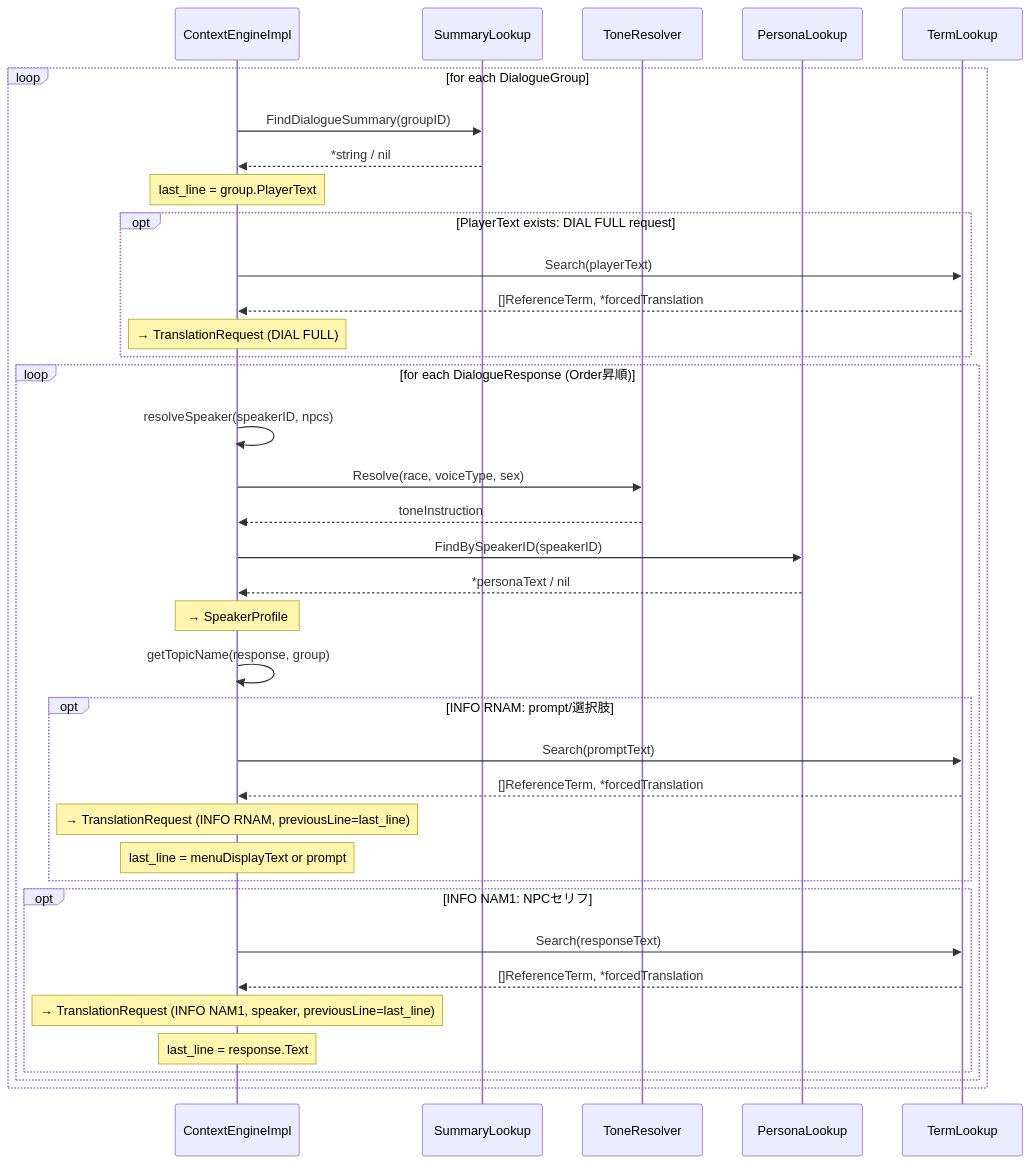
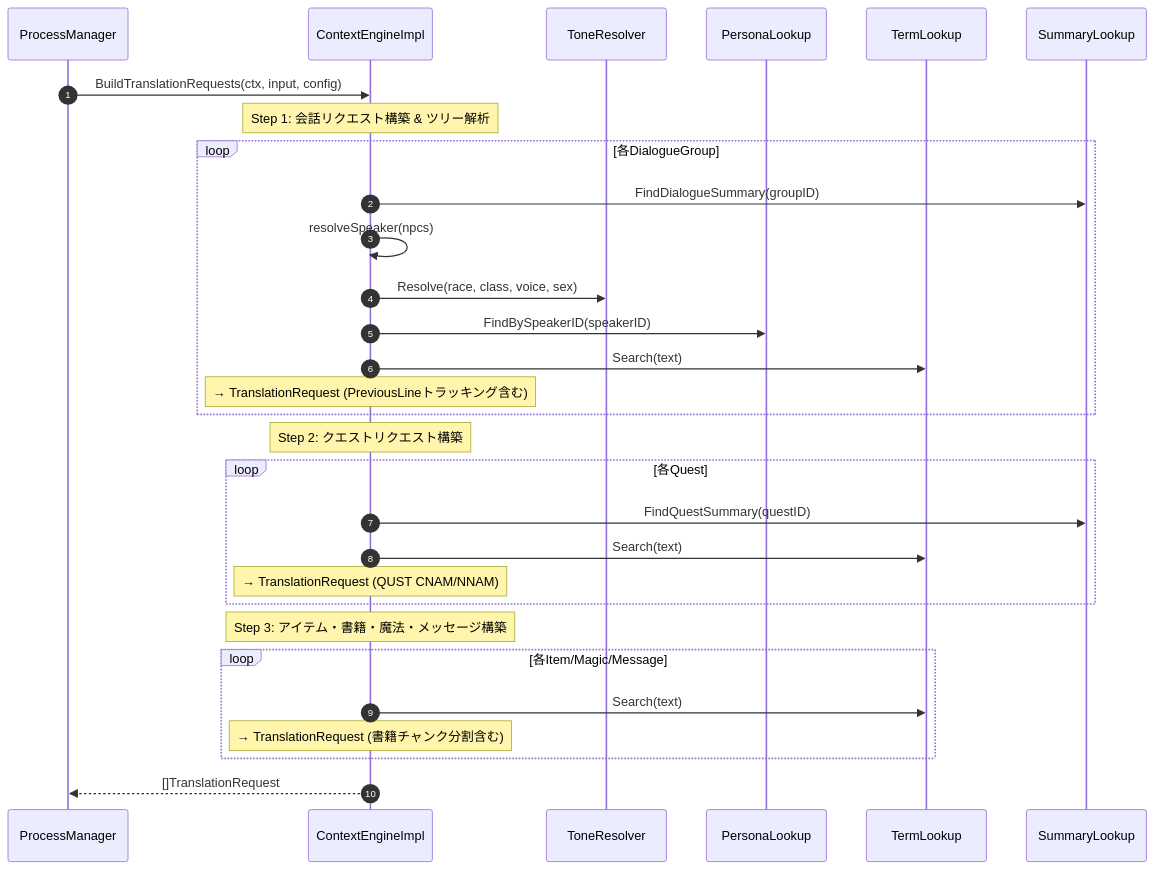
One commit to ishibata91/ai-translation-engine-2 changed the first of 2 diagrams in specs/ContextEngineSlice/context_engine_sequence_diagram.md. Above: the diagram before and after it, drawn with Mermaid. The commit also changed other lines of this file and 5 other files, not shown here.

````diff
--- a/specs/ContextEngineSlice/context_engine_sequence_diagram.md
+++ b/specs/ContextEngineSlice/context_engine_sequence_diagram.md
@@ -25,45 +7,37 @@
 ```mermaid
 sequenceDiagram
+    autonumber
+    participant PM as ProcessManager
     participant CE as ContextEngineImpl
-    participant SL as SummaryLookup
     participant TR as ToneResolver
     participant PL as PersonaLookup
     participant TL as TermLookup
+    participant SL as SummaryLookup
 
-    loop for each DialogueGroup
+    PM->>CE: BuildTranslationRequests(ctx, input, config)
+
+    Note over CE: Step 1: 会話リクエスト構築 & ツリー解析
+    loop 各DialogueGroup
         CE->>SL: FindDialogueSummary(groupID)
-        SL-->>CE: *string / nil
+        CE->>CE: resolveSpeaker(npcs)
+        CE->>TR: Resolve(race, class, voice, sex)
+        CE->>PL: FindBySpeakerID(speakerID)
+        CE->>TL: Search(text)
+        Note over CE: → TranslationRequest (PreviousLineトラッキング含む)
+    end
 
-        Note over CE: last_line = group.PlayerText
+    Note over CE: Step 2: クエストリクエスト構築
+    loop 各Quest
+        CE->>SL: FindQuestSummary(questID)
+        CE->>TL: Search(text)
+        Note over CE: → TranslationRequest (QUST CNAM/NNAM)
+    end
 
-        opt PlayerText exists: DIAL FULL request
-            CE->>TL: Search(playerText)
-            TL-->>CE: []ReferenceTerm, *forcedTranslation
-            Note over CE: → TranslationRequest (DIAL FULL)
-        end
+    Note over CE: Step 3: アイテム・書籍・魔法・メッセージ構築
+    loop 各Item/Magic/Message
+        CE->>TL: Search(text)
+        Note over CE: → TranslationRequest (書籍チャンク分割含む)
+    end
 
-        loop for each DialogueResponse (Order昇順)
-            CE->>CE: resolveSpeaker(speakerID, npcs)
-            CE->>TR: Resolve(race, voiceType, sex)
-            TR-->>CE: toneInstruction
-            CE->>PL: FindBySpeakerID(speakerID)
-            PL-->>CE: *personaText / nil
-            Note over CE: → SpeakerProfile
-            CE->>CE: getTopicName(response, group)
-
-            opt INFO RNAM: prompt/選択肢
-                CE->>TL: Search(promptText)
-                TL-->>CE: []ReferenceTerm, *forcedTranslation
-                Note over CE: → TranslationRequest (INFO RNAM, previousLine=last_line)
-                Note over CE: last_line = menuDisplayText or prompt
-            end
-
-            opt INFO NAM1: NPCセリフ
-                CE->>TL: Search(responseText)
-                TL-->>CE: []ReferenceTerm, *forcedTranslation
-                Note over CE: → TranslationRequest (INFO NAM1, speaker, previousLine=last_line)
-                Note over CE: last_line = response.Text
-            end
-        end
-    end
+    CE-->>PM: []TranslationRequest
 ```
````
